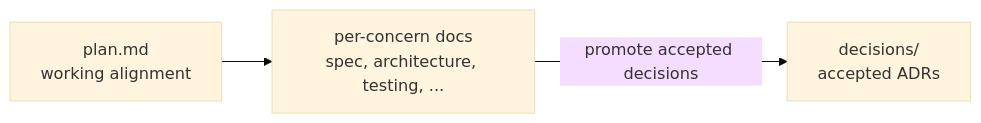
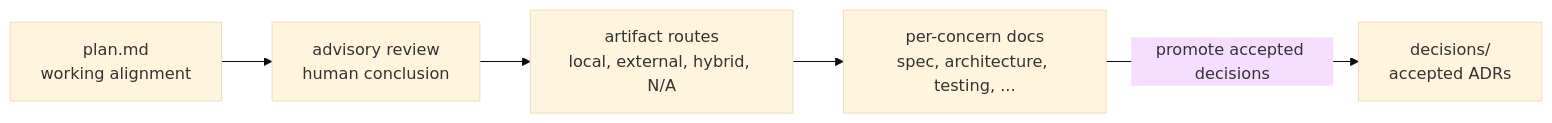
Before and after one commit to richieto/durable-context: the diagram in writing/durable-context/model.md, drawn with Mermaid (base theme). The commit also changed other lines of this file and 42 other files, not shown here.

````diff
--- a/writing/durable-context/model.md
+++ b/writing/durable-context/model.md
@@ -135,9 +188,13 @@
 ```mermaid
 flowchart LR
   Plan["plan.md<br/>working alignment"]
+  Review["advisory review<br/>human conclusion"]
+  Route["artifact routes<br/>local, external, hybrid, N/A"]
   Distribute["per-concern docs<br/>spec, architecture, testing, ..."]
   Decisions["decisions/<br/>accepted ADRs"]
 
-  Plan --> Distribute
+  Plan --> Review
+  Review --> Route
+  Route --> Distribute
   Distribute -->|"promote accepted decisions"| Decisions
 ```
````
